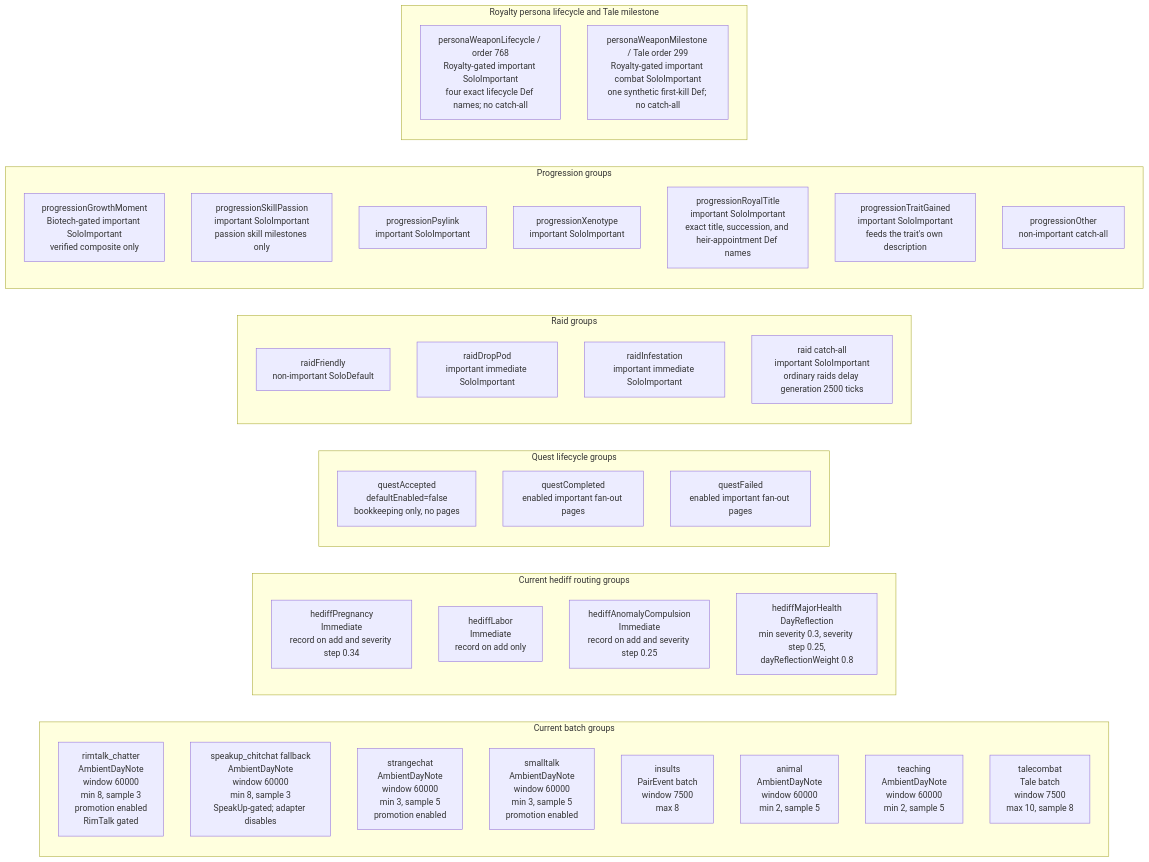
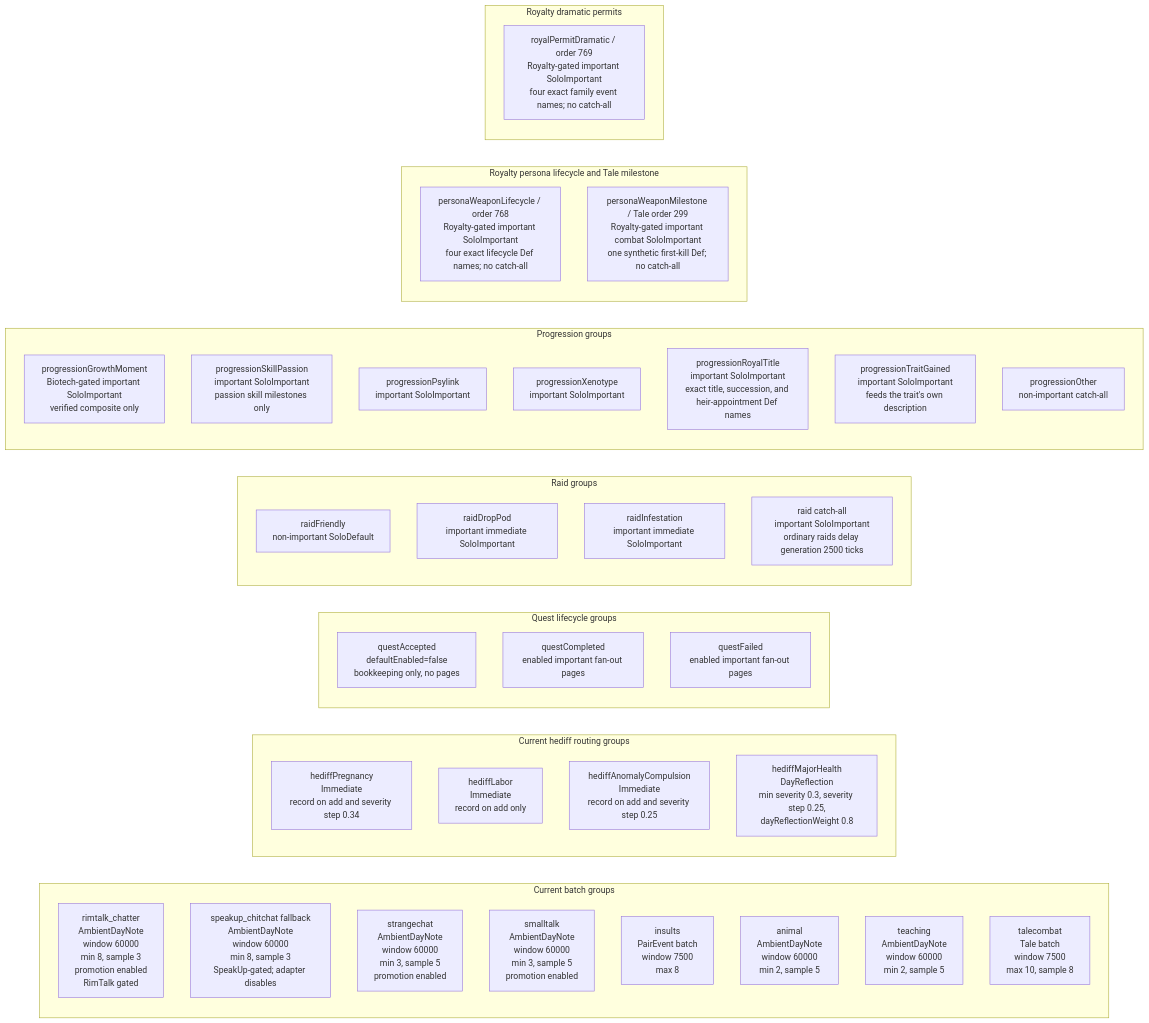
The fourth of 6 diagrams in EVENT_PROMPT_MAP.md (aimmlegate/PawnDiary), drawn with Mermaid before and after one commit. The commit also changed other lines of this file and 48 other files, not shown here.

Commit message:
Implement Royalty Phase 6 dramatic permits

````diff
--- a/EVENT_PROMPT_MAP.md
+++ b/EVENT_PROMPT_MAP.md
@@ -331,48 +346,52 @@
 ```mermaid
 flowchart LR
     subgraph Batches["Current batch groups"]
         BG0["rimtalk_chatter<br/>AmbientDayNote<br/>window 60000<br/>min 8, sample 3<br/>promotion enabled<br/>RimTalk gated"]
         BG1["speakup_chitchat fallback<br/>AmbientDayNote<br/>window 60000<br/>min 8, sample 3<br/>SpeakUp-gated; adapter disables"]
         BG2["strangechat<br/>AmbientDayNote<br/>window 60000<br/>min 3, sample 5<br/>promotion enabled"]
         BG3["smalltalk<br/>AmbientDayNote<br/>window 60000<br/>min 3, sample 5<br/>promotion enabled"]
         BG4["insults<br/>PairEvent batch<br/>window 7500<br/>max 8"]
         BG5["animal<br/>AmbientDayNote<br/>window 60000<br/>min 2, sample 5"]
         BG6["teaching<br/>AmbientDayNote<br/>window 60000<br/>min 2, sample 5"]
         BG7["talecombat<br/>Tale batch<br/>window 7500<br/>max 10, sample 8"]
     end
 
     subgraph HediffGroups["Current hediff routing groups"]
         HG1["hediffPregnancy<br/>Immediate<br/>record on add and severity step 0.34"]
         HG2["hediffLabor<br/>Immediate<br/>record on add only"]
         HG3["hediffAnomalyCompulsion<br/>Immediate<br/>record on add and severity step 0.25"]
         HG4["hediffMajorHealth<br/>DayReflection<br/>min severity 0.3, severity step 0.25,<br/>dayReflectionWeight 0.8"]
     end
 
     subgraph QuestGroups["Quest lifecycle groups"]
         Q1["questAccepted<br/>defaultEnabled=false<br/>bookkeeping only, no pages"]
         Q2["questCompleted<br/>enabled important fan-out pages"]
         Q3["questFailed<br/>enabled important fan-out pages"]
     end
 
     subgraph RaidGroups["Raid groups"]
         R1["raidFriendly<br/>non-important SoloDefault"]
         R2["raidDropPod<br/>important immediate SoloImportant"]
         R3["raidInfestation<br/>important immediate SoloImportant"]
         R4["raid catch-all<br/>important SoloImportant<br/>ordinary raids delay generation 2500 ticks"]
     end
 
     subgraph ProgressionGroups["Progression groups"]
         P0["progressionGrowthMoment<br/>Biotech-gated important SoloImportant<br/>verified composite only"]
         P1["progressionSkillPassion<br/>important SoloImportant<br/>passion skill milestones only"]
         P2["progressionPsylink<br/>important SoloImportant"]
         P3["progressionXenotype<br/>important SoloImportant"]
         P4["progressionRoyalTitle<br/>important SoloImportant<br/>exact title, succession, and heir-appointment Def names"]
         P5["progressionTraitGained<br/>important SoloImportant<br/>feeds the trait's own description"]
         P6["progressionOther<br/>non-important catch-all"]
     end
 
     subgraph PersonaGroups["Royalty persona lifecycle and Tale milestone"]
         RP1["personaWeaponLifecycle / order 768<br/>Royalty-gated important SoloImportant<br/>four exact lifecycle Def names; no catch-all"]
         RP2["personaWeaponMilestone / Tale order 299<br/>Royalty-gated important combat SoloImportant<br/>one synthetic first-kill Def; no catch-all"]
     end
+
+    subgraph PermitGroups["Royalty dramatic permits"]
+        RP3["royalPermitDramatic / order 769<br/>Royalty-gated important SoloImportant<br/>four exact family event names; no catch-all"]
+    end
 ```
````
